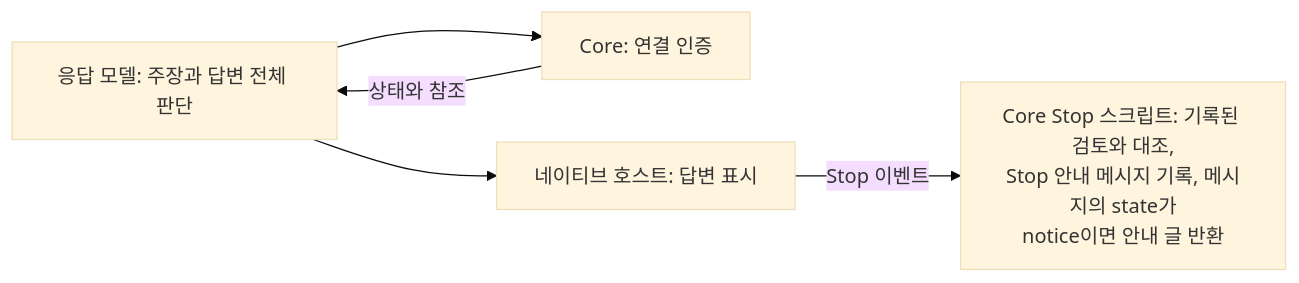
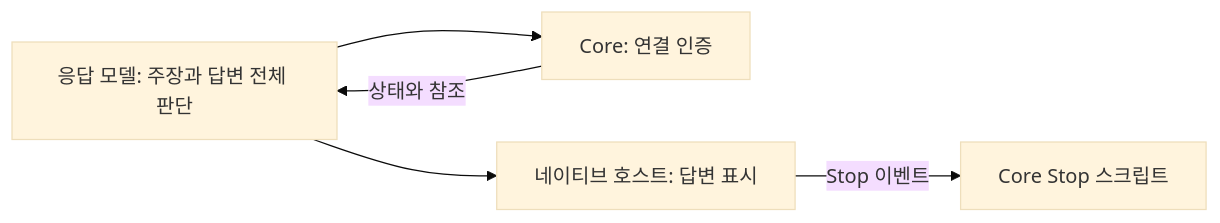
Before and after one commit to AidALL/ghost-alice: the diagram in docs/ko/policies/tool-output-semantics.md, drawn with Mermaid (base theme). The commit also changed other lines of this file and 48 other files, not shown here.

````diff
--- a/docs/ko/policies/tool-output-semantics.md
+++ b/docs/ko/policies/tool-output-semantics.md
@@ -19,7 +19,7 @@
 ```mermaid
 flowchart LR
   M["응답 모델: 주장과 답변 전체 판단"] --> C["Core: 연결 인증"]
   C -->|상태와 참조| M
   M --> H["네이티브 호스트: 답변 표시"]
-  H -->|Stop 이벤트| S["Core Stop 스크립트: 기록된 검토와 대조,<br/>Stop 안내 메시지 기록, 메시지의 state가<br/>notice이면 안내 글 반환"]
+  H -->|Stop 이벤트| S["Core Stop 스크립트"]
 ```
````
